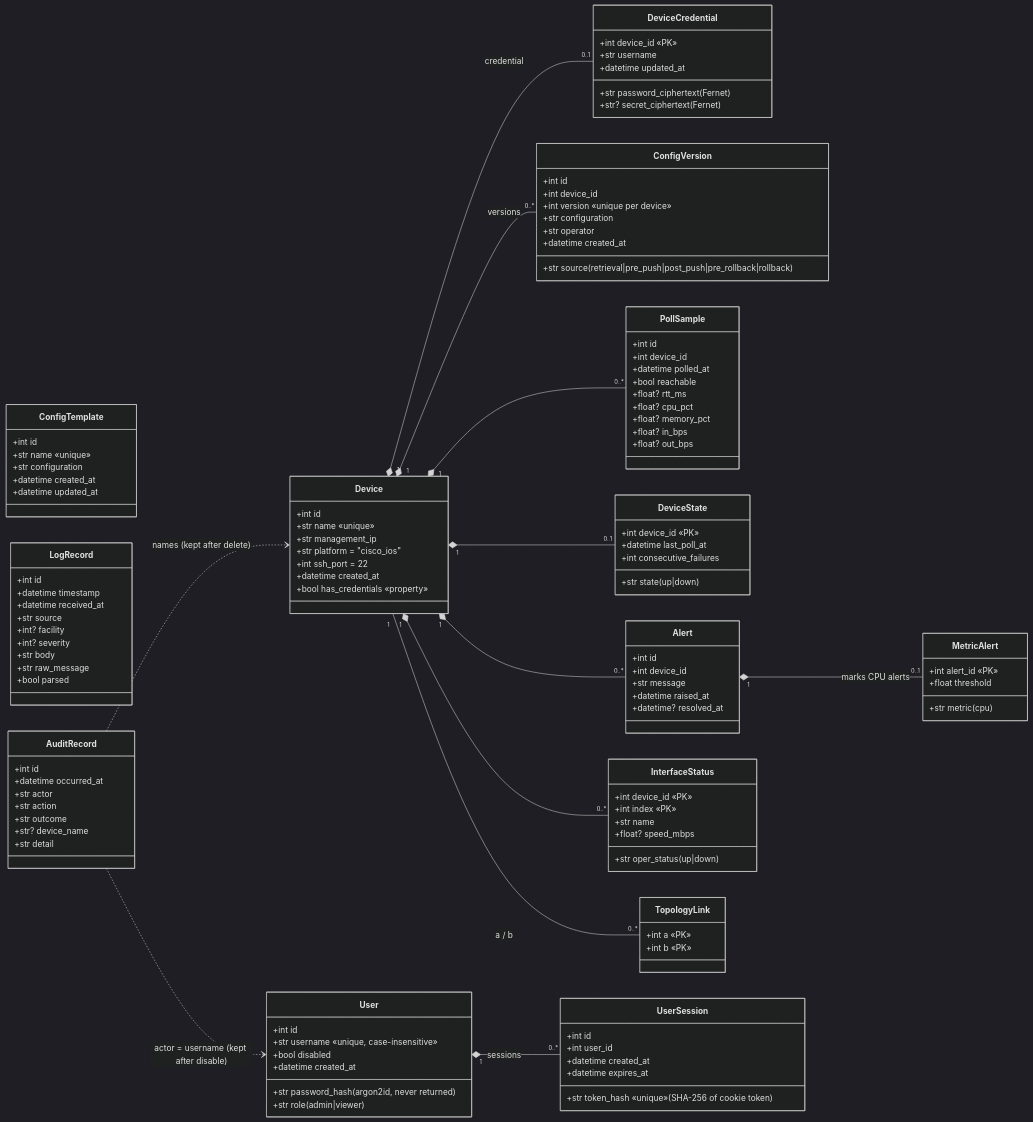
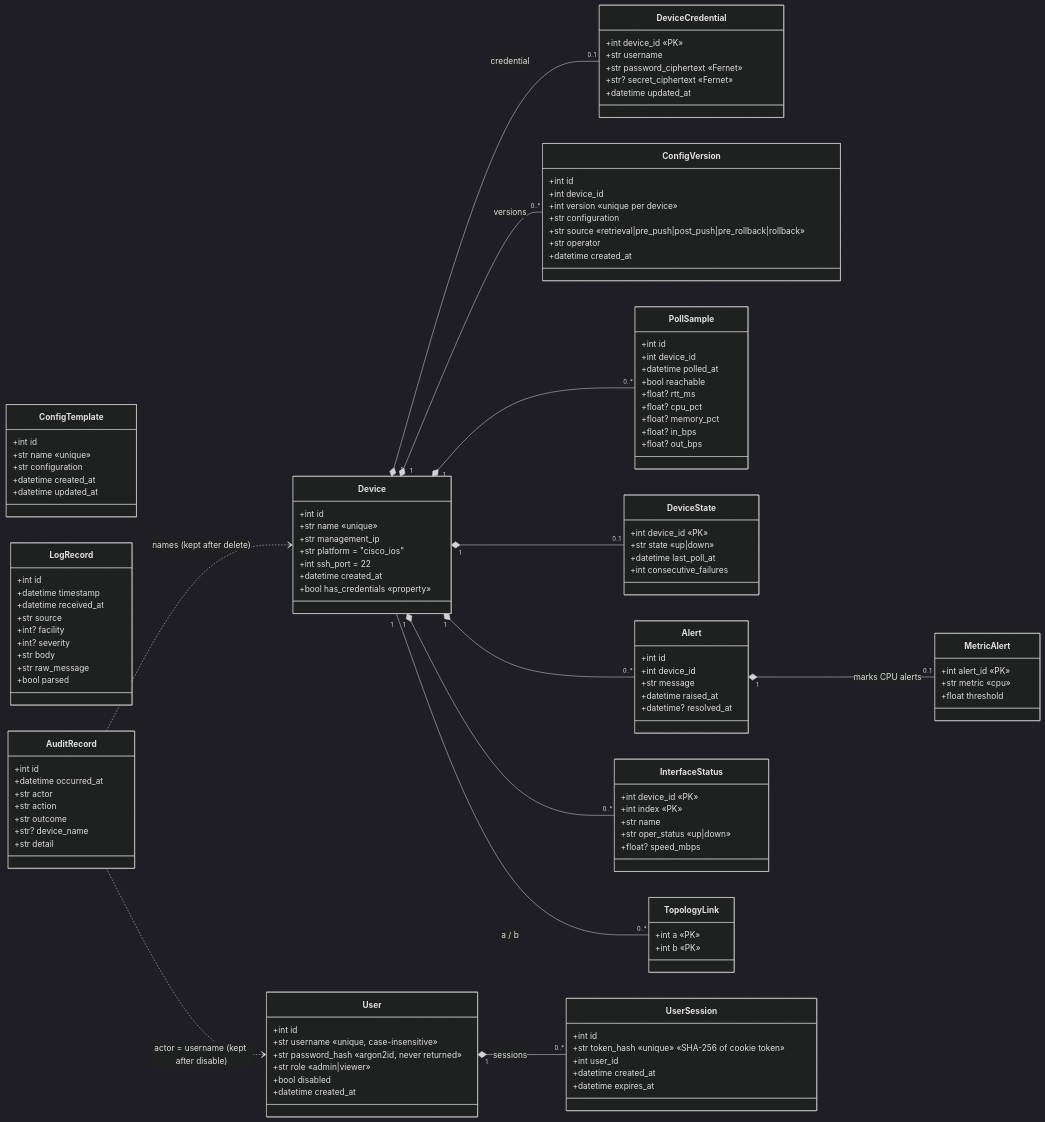
The first of 3 diagrams in docs/design/class-diagram.md (SeidaSecurity/CS-4398F26), drawn with Mermaid (dark theme) before and after one commit. The commit also changed other lines of this file, not shown here.

Commit message:
class diagram fix

```diff
--- a/docs/design/class-diagram.md
+++ b/docs/design/class-diagram.md
@@ -20,8 +20,8 @@
     class DeviceCredential {
         +int device_id «PK»
         +str username
-        +str password_ciphertext  (Fernet)
-        +str? secret_ciphertext  (Fernet)
+        +str password_ciphertext  «Fernet»
+        +str? secret_ciphertext  «Fernet»
         +datetime updated_at
     }
     class ConfigVersion {
@@ -29,7 +29,7 @@
         +int device_id
         +int version «unique per device»
         +str configuration
-        +str source  (retrieval|pre_push|post_push|pre_rollback|rollback)
+        +str source  «retrieval|pre_push|post_push|pre_rollback|rollback»
         +str operator
         +datetime created_at
     }
@@ -53,7 +53,7 @@
     }
     class DeviceState {
         +int device_id «PK»
-        +str state (up|down)
+        +str state «up|down»
         +datetime last_poll_at
         +int consecutive_failures
     }
@@ -66,14 +66,14 @@
     }
     class MetricAlert {
         +int alert_id «PK»
-        +str metric  (cpu)
+        +str metric  «cpu»
         +float threshold
     }
     class InterfaceStatus {
         +int device_id «PK»
         +int index «PK»
         +str name
-        +str oper_status (up|down)
+        +str oper_status «up|down»
         +float? speed_mbps
     }
     class TopologyLink {
@@ -114,14 +114,14 @@
     class User {
         +int id
         +str username «unique, case-insensitive»
-        +str password_hash  (argon2id, never returned)
-        +str role (admin|viewer)
+        +str password_hash  «argon2id, never returned»
+        +str role «admin|viewer»
         +bool disabled
         +datetime created_at
     }
     class UserSession {
         +int id
-        +str token_hash «unique»  (SHA-256 of cookie token)
+        +str token_hash «unique»  «SHA-256 of cookie token»
         +int user_id
         +datetime created_at
         +datetime expires_at
```
